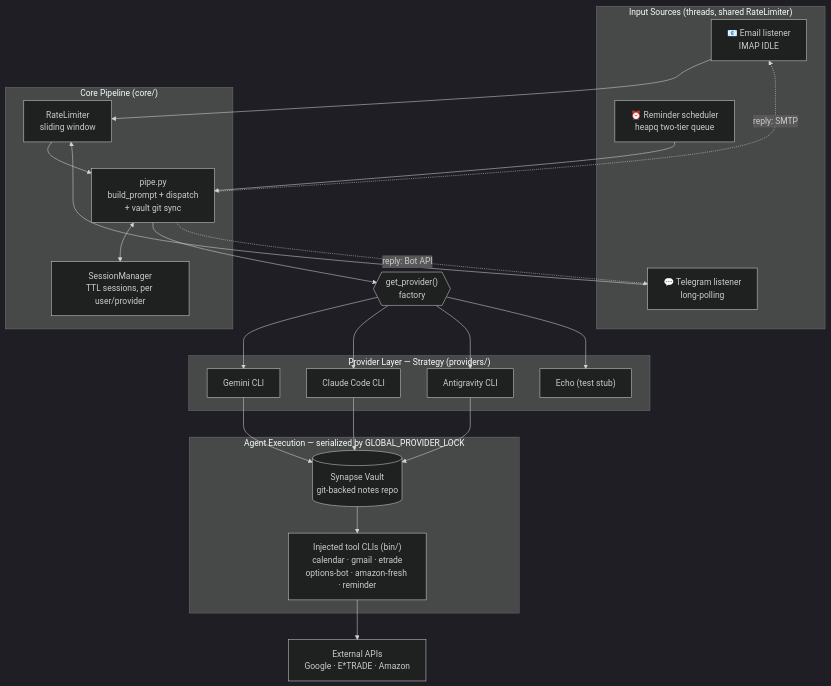
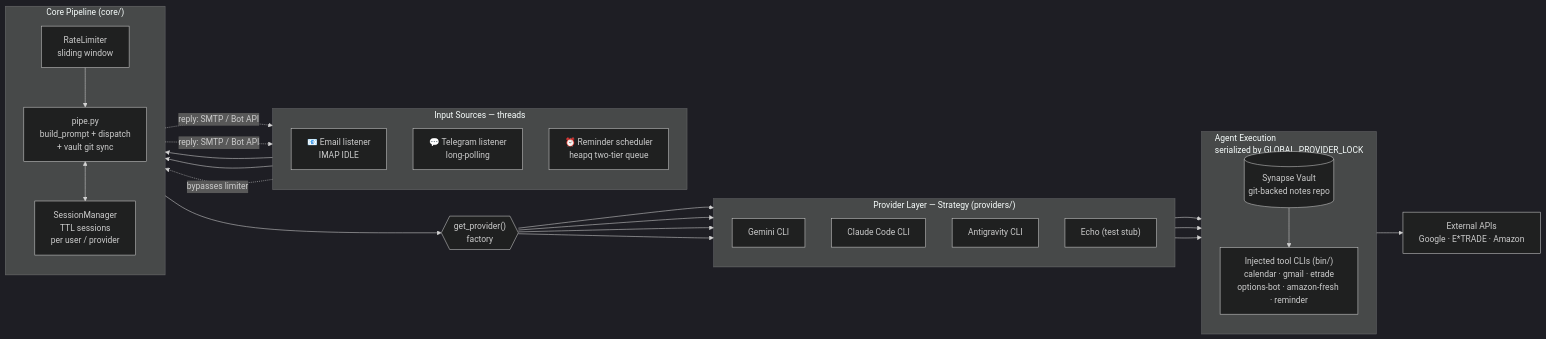
Before and after one commit to kristianolsson/synapse-engine: the diagram in README.md, drawn with Mermaid (dark theme).

Commit message:
Redesign architecture diagram as left-to-right pipeline
Switch flowchart TB -> LR so the flow reads as clean columns
(Inputs -> Core -> Factory -> Providers -> Agent -> External) with
each group laid out vertically internally. Consolidates the reply
edges into short return hops, removing the cross-diagram arrows.

````diff
--- a/README.md
+++ b/README.md
@@ -22,43 +22,46 @@
 ```mermaid
-flowchart TB
-    subgraph inputs["Input Sources (threads, shared RateLimiter)"]
+flowchart LR
+    subgraph inputs["Input Sources — threads"]
+        direction TB
         EM["📧 Email listener<br/>IMAP IDLE"]
         TG["💬 Telegram listener<br/>long-polling"]
         SC["⏰ Reminder scheduler<br/>heapq two-tier queue"]
     end
 
     subgraph core["Core Pipeline (core/)"]
+        direction TB
         RL["RateLimiter<br/>sliding window"]
         PIPE["pipe.py<br/>build_prompt + dispatch<br/>+ vault git sync"]
-        SM["SessionManager<br/>TTL sessions, per user/provider"]
+        SM["SessionManager<br/>TTL sessions<br/>per user / provider"]
+        RL --> PIPE
+        PIPE <--> SM
     end
 
     FACT{{"get_provider()<br/>factory"}}
 
     subgraph prov["Provider Layer — Strategy (providers/)"]
+        direction TB
         GEM["Gemini CLI"]
         CLA["Claude Code CLI"]
         AGY["Antigravity CLI"]
         ECHO["Echo (test stub)"]
     end
 
-    subgraph exec["Agent Execution — serialized by GLOBAL_PROVIDER_LOCK"]
+    subgraph exec["Agent Execution<br/>serialized by GLOBAL_PROVIDER_LOCK"]
+        direction TB
         VAULT[("Synapse Vault<br/>git-backed notes repo")]
         TOOLS["Injected tool CLIs (bin/)<br/>calendar · gmail · etrade<br/>options-bot · amazon-fresh · reminder"]
+        VAULT --> TOOLS
     end
 
     EXT["External APIs<br/>Google · E*TRADE · Amazon"]
 
     EM --> RL
     TG --> RL
-    RL --> PIPE
-    SC --> PIPE
-    PIPE <--> SM
+    SC -. "bypasses limiter" .-> PIPE
     PIPE --> FACT
     FACT --> GEM & CLA & AGY & ECHO
     GEM & CLA & AGY --> VAULT
-    VAULT --> TOOLS
     TOOLS --> EXT
-    PIPE -. "reply: SMTP" .-> EM
-    PIPE -. "reply: Bot API" .-> TG
+    PIPE -. "reply: SMTP / Bot API" .-> EM & TG
 ```
````
